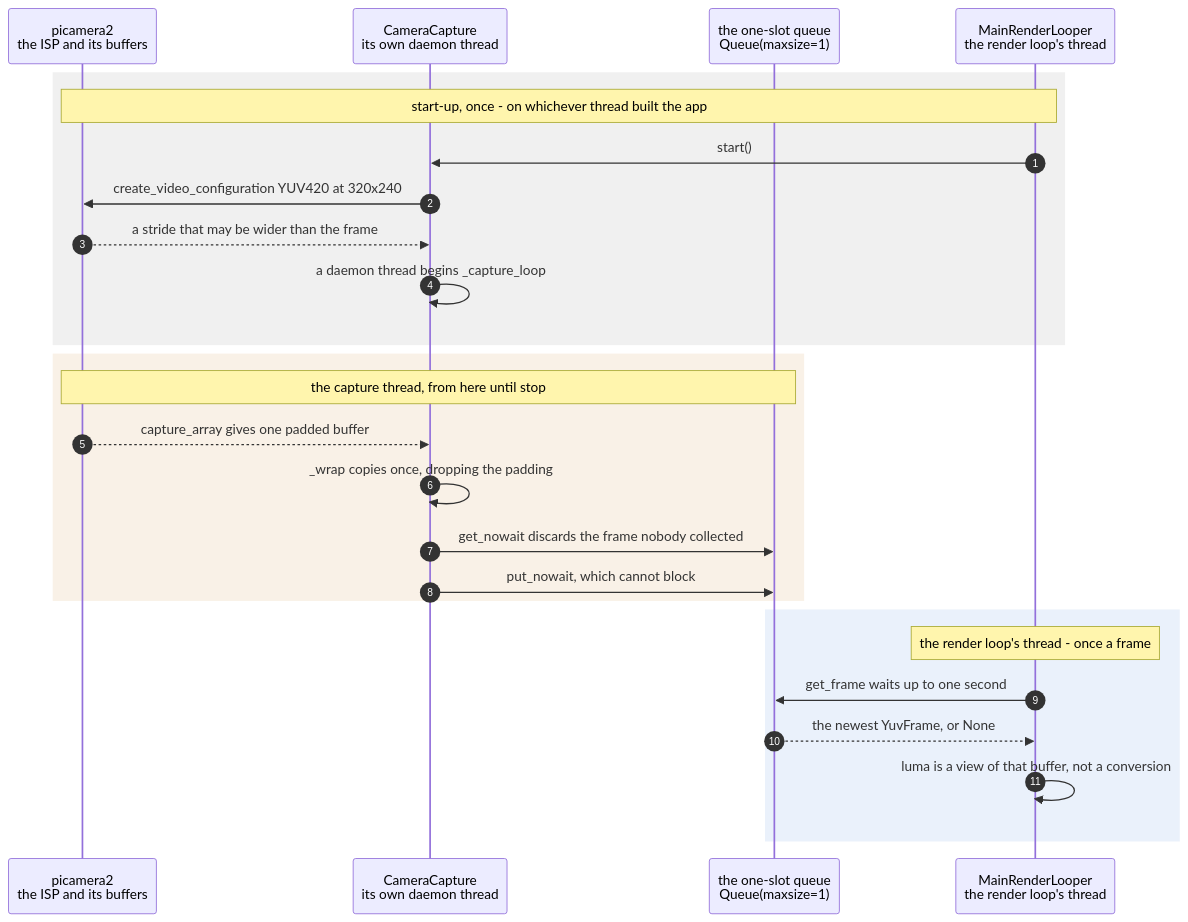
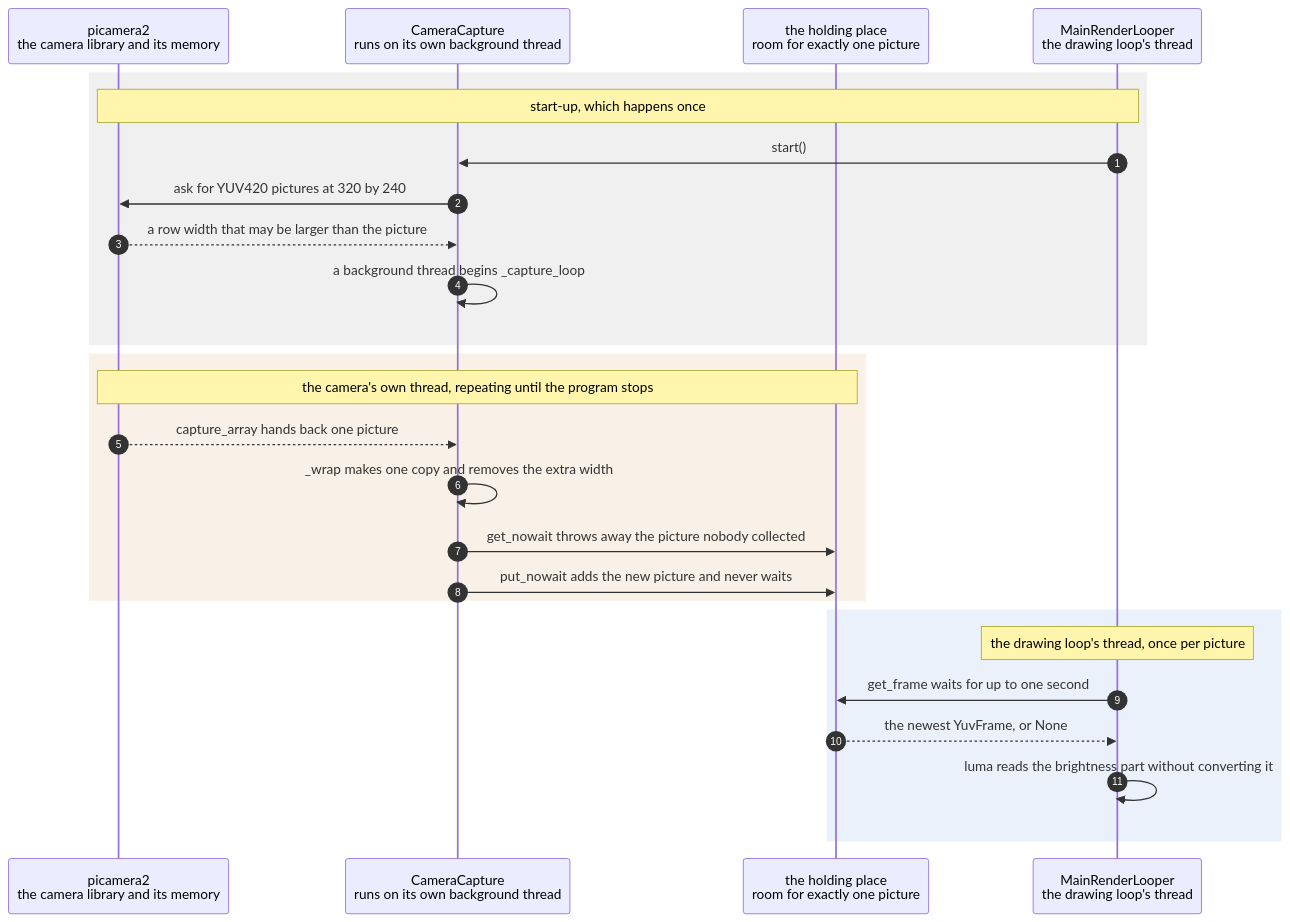
Before and after one commit to replicant1/AsciiArt-Pi: the diagram in docs/scenarios/a-capture-thread-hands-the-render-loop-its-newest-frame-through-a-one-slot-queue.md, drawn with Mermaid. The commit also changed other lines of this file and 5 other files, not shown here.

````diff
--- a/docs/scenarios/a-capture-thread-hands-the-render-loop-its-newest-frame-through-a-one-slot-queue.md
+++ b/docs/scenarios/a-capture-thread-hands-the-render-loop-its-newest-frame-through-a-one-slot-queue.md
@@ -38,29 +59,29 @@
 ```mermaid
 sequenceDiagram
     autonumber
-    participant Pi as picamera2<br/>the ISP and its buffers
-    participant Cam as CameraCapture<br/>its own daemon thread
-    participant Q as the one-slot queue<br/>Queue(maxsize=1)
-    participant App as MainRenderLooper<br/>the render loop's thread
+    participant Pi as picamera2<br/>the camera library and its memory
+    participant Cam as CameraCapture<br/>runs on its own background thread
+    participant Q as the holding place<br/>room for exactly one picture
+    participant App as MainRenderLooper<br/>the drawing loop's thread
 
     rect rgba(128, 128, 128, 0.12)
-        note over Pi, App: start-up, once - on whichever thread built the app
+        note over Pi, App: start-up, which happens once
         App->>Cam: start()
-        Cam->>Pi: create_video_configuration YUV420 at 320x240
-        Pi-->>Cam: a stride that may be wider than the frame
-        Cam->>Cam: a daemon thread begins _capture_loop
+        Cam->>Pi: ask for YUV420 pictures at 320 by 240
+        Pi-->>Cam: a row width that may be larger than the picture
+        Cam->>Cam: a background thread begins _capture_loop
     end
     rect rgba(200, 140, 60, 0.12)
-        note over Pi, Q: the capture thread, from here until stop
-        Pi-->>Cam: capture_array gives one padded buffer
-        Cam->>Cam: _wrap copies once, dropping the padding
-        Cam->>Q: get_nowait discards the frame nobody collected
-        Cam->>Q: put_nowait, which cannot block
+        note over Pi, Q: the camera's own thread, repeating until the program stops
+        Pi-->>Cam: capture_array hands back one picture
+        Cam->>Cam: _wrap makes one copy and removes the extra width
+        Cam->>Q: get_nowait throws away the picture nobody collected
+        Cam->>Q: put_nowait adds the new picture and never waits
     end
     rect rgba(80, 140, 220, 0.12)
-        note over App: the render loop's thread - once a frame
-        App->>Q: get_frame waits up to one second
+        note over App: the drawing loop's thread, once per picture
+        App->>Q: get_frame waits for up to one second
         Q-->>App: the newest YuvFrame, or None
-        App->>App: luma is a view of that buffer, not a conversion
+        App->>App: luma reads the brightness part without converting it
     end
 ```
````
